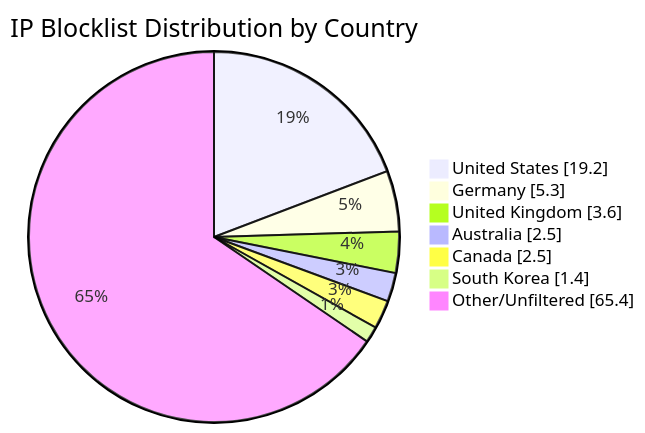
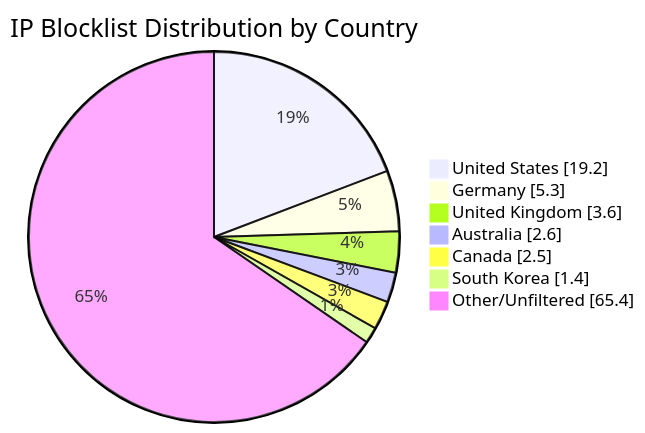
The diagram in README.md (MarcusHoltz/ipblocklist-geofiltered-aggregator), drawn with Mermaid before and after one commit. The commit also changed other lines of this file and 9 other files, not shown here.

````diff
--- a/README.md
+++ b/README.md
@@ -34,10 +34,10 @@
 ```mermaid
 pie showData title IP Blocklist Distribution by Country
 "United States" : 19.2
 "Germany" : 5.3
 "United Kingdom" : 3.6
-"Australia" : 2.5
+"Australia" : 2.6
 "Canada" : 2.5
 "South Korea" : 1.4
 "Other/Unfiltered" : 65.4
 ```
````
